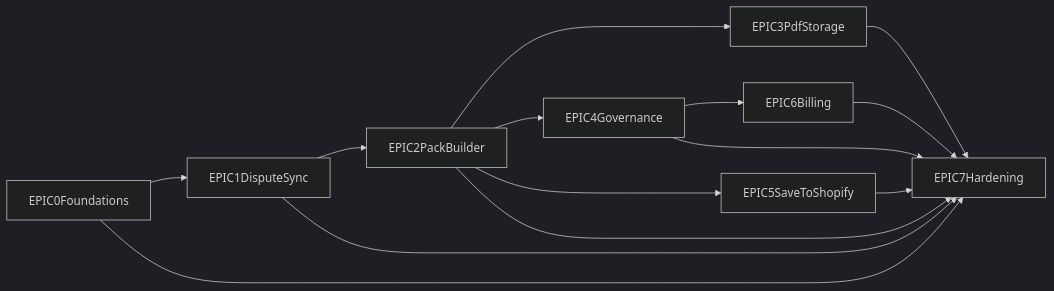
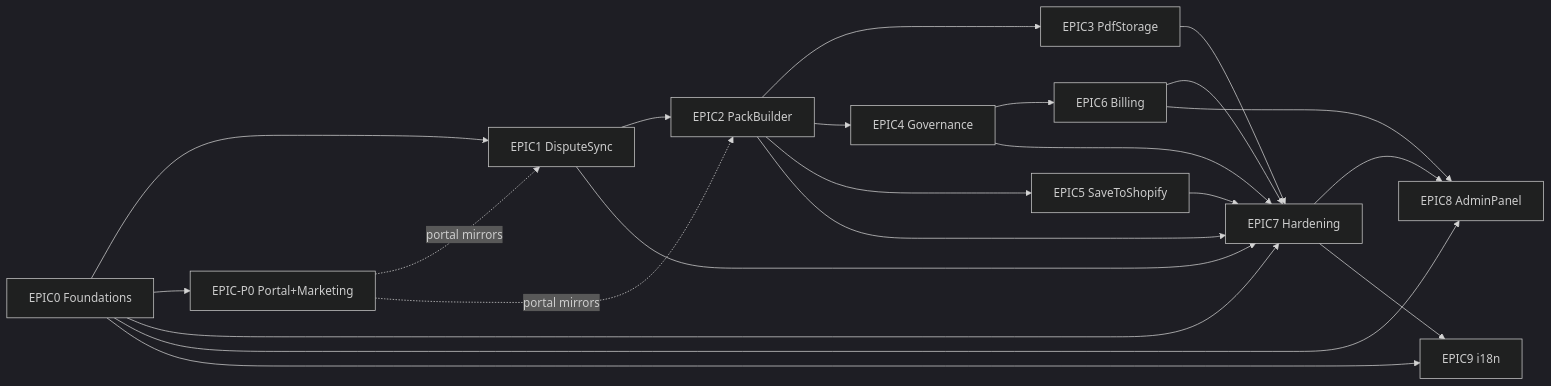
Before and after one commit to Johan-Jo/johan-jonsson-portfolio: the diagram in DisputeDesk/docs/roadmap.md, drawn with Mermaid (dark theme). The commit also changed other lines of this file and 59 other files, not shown here.

First line of the commit message:
feat(disputedesk): implement Figma design system, portal + marketing + auth UI

````diff
--- a/DisputeDesk/docs/roadmap.md
+++ b/DisputeDesk/docs/roadmap.md
@@ -20,16 +23,24 @@
 ```mermaid
 flowchart LR
-  E0[EPIC0Foundations] --> E1[EPIC1DisputeSync]
-  E1 --> E2[EPIC2PackBuilder]
-  E2 --> E3[EPIC3PdfStorage]
-  E2 --> E4[EPIC4Governance]
-  E2 --> E5[EPIC5SaveToShopify]
-  E4 --> E6[EPIC6Billing]
-  E0 --> E7[EPIC7Hardening]
+  E0[EPIC0 Foundations] --> E1[EPIC1 DisputeSync]
+  E0 --> EP0[EPIC-P0 Portal+Marketing]
+  EP0 -.->|portal mirrors| E1
+  EP0 -.->|portal mirrors| E2
+  E1 --> E2[EPIC2 PackBuilder]
+  E2 --> E3[EPIC3 PdfStorage]
+  E2 --> E4[EPIC4 Governance]
+  E2 --> E5[EPIC5 SaveToShopify]
+  E4 --> E6[EPIC6 Billing]
+  E0 --> E7[EPIC7 Hardening]
   E1 --> E7
   E2 --> E7
   E3 --> E7
   E4 --> E7
   E5 --> E7
   E6 --> E7
+  E0 --> E8[EPIC8 AdminPanel]
+  E6 --> E8
+  E7 --> E8
+  E0 --> E9[EPIC9 i18n]
+  E7 --> E9
 ```
````
